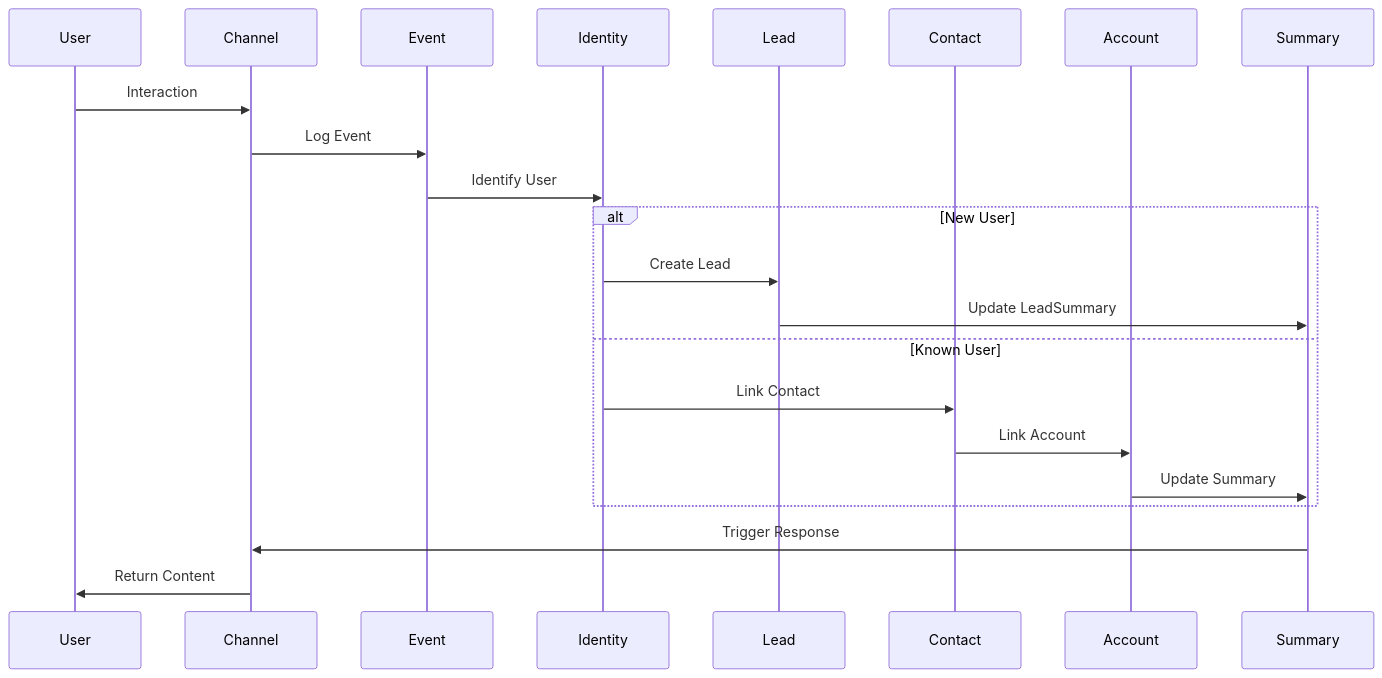
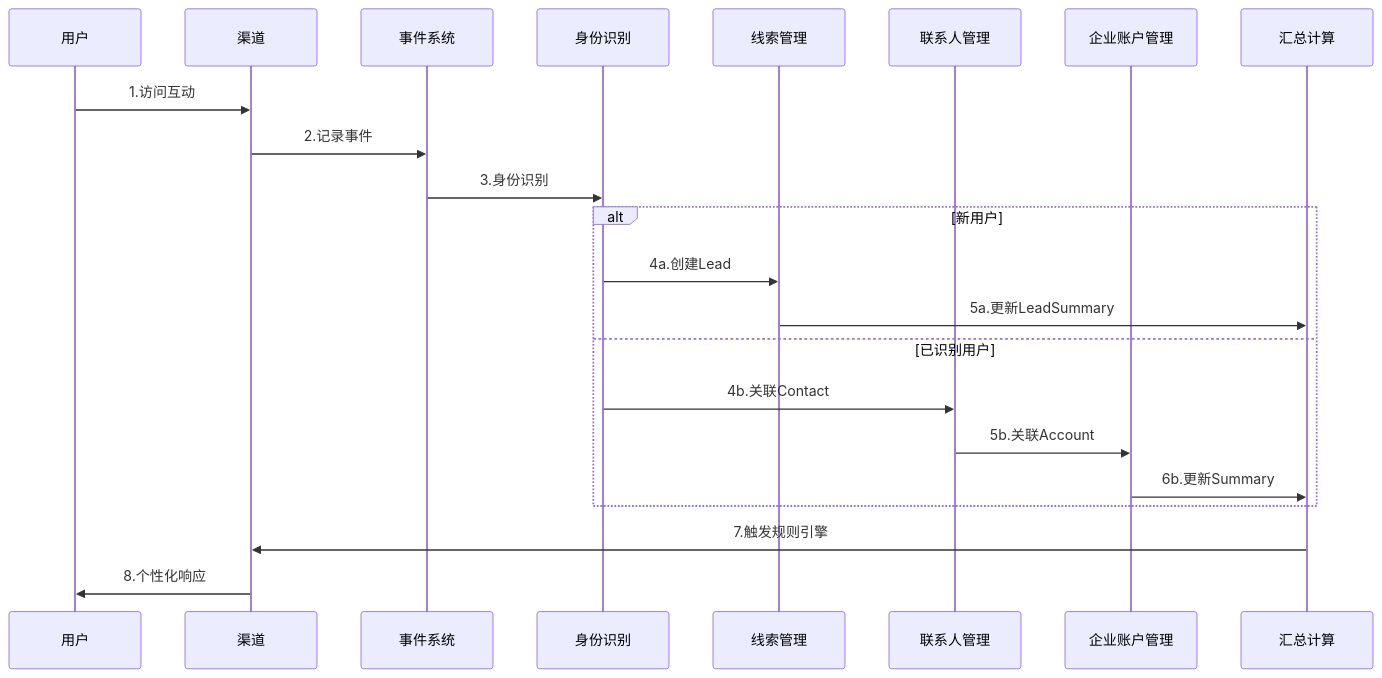
Before and after one commit to 312268112/advanced-java: diagram 23 of 25 in docs/b2b-cdp-entity-design.md, drawn with Mermaid. The commit also changed other lines of this file, not shown here.

````diff
--- a/docs/b2b-cdp-entity-design.md
+++ b/docs/b2b-cdp-entity-design.md
@@ -837,27 +844,27 @@
 ```mermaid
 sequenceDiagram
-    participant User
-    participant Channel
-    participant Event
-    participant Identity
-    participant Lead
-    participant Contact
-    participant Account
-    participant Summary
+    participant 用户
+    participant 渠道
+    participant 事件系统
+    participant 身份识别
+    participant 线索管理
+    participant 联系人管理
+    participant 企业账户管理
+    participant 汇总计算
     
-    User->>Channel: Interaction
-    Channel->>Event: Log Event
-    Event->>Identity: Identify User
+    用户->>渠道: 1.访问互动
+    渠道->>事件系统: 2.记录事件
+    事件系统->>身份识别: 3.身份识别
     
-    alt New User
-        Identity->>Lead: Create Lead
-        Lead->>Summary: Update LeadSummary
-    else Known User
-        Identity->>Contact: Link Contact
-        Contact->>Account: Link Account
-        Account->>Summary: Update Summary
+    alt 新用户
+        身份识别->>线索管理: 4a.创建Lead
+        线索管理->>汇总计算: 5a.更新LeadSummary
+    else 已识别用户
+        身份识别->>联系人管理: 4b.关联Contact
+        联系人管理->>企业账户管理: 5b.关联Account
+        企业账户管理->>汇总计算: 6b.更新Summary
     end
     
-    Summary->>Channel: Trigger Response
-    Channel->>User: Return Content
+    汇总计算->>渠道: 7.触发规则引擎
+    渠道->>用户: 8.个性化响应
 ```
````
